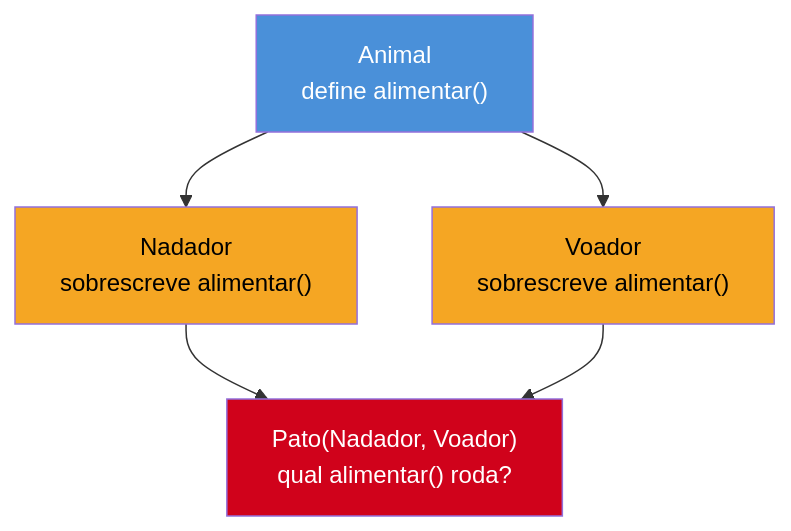
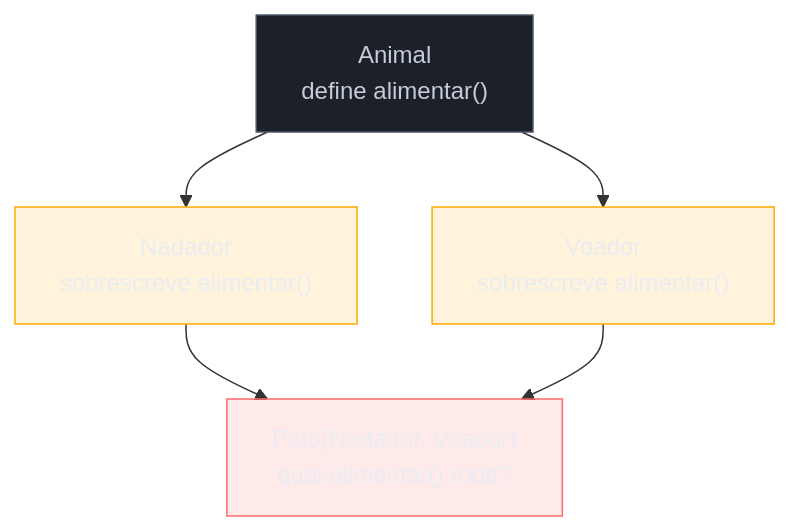
Before and after one commit to josenaldo/codex-technomanticus: the first of 2 diagrams in 03-Dominios/Tecnologia/Python/OO e Data Model/02 - Herança e MRO.md, drawn with Mermaid. The commit also changed other lines of this file and 1181 other files, not shown here.

First line of the commit message:
fix(diagramas): paleta do sistema no lugar de cor cravada no markdown

````diff
--- a/03-Dominios/Tecnologia/Python/OO e Data Model/02 - Herança e MRO.md
+++ b/03-Dominios/Tecnologia/Python/OO e Data Model/02 - Herança e MRO.md
@@ -175,17 +175,20 @@
 ```mermaid
 flowchart TB
+    classDef neutro fill:#1B2029,stroke:#4E5666,color:#C6CCD8
+    classDef destaque fill:#FFAA0024,stroke:#FFAA00,color:#E9ECF2
+    classDef falha fill:#FF6B6B24,stroke:#FF6B6B,color:#E9ECF2
     A["Animal<br/>define alimentar()"]
     B["Nadador<br/>sobrescreve alimentar()"]
     C["Voador<br/>sobrescreve alimentar()"]
     D["Pato(Nadador, Voador)<br/>qual alimentar() roda?"]
 
     A --> B
     A --> C
     B --> D
     C --> D
 
-    style A fill:#4A90D9,color:#fff
-    style B fill:#F5A623,color:#000
-    style C fill:#F5A623,color:#000
-    style D fill:#D0021B,color:#fff
+    class A neutro
+    class B destaque
+    class C destaque
+    class D falha
 ```
````
